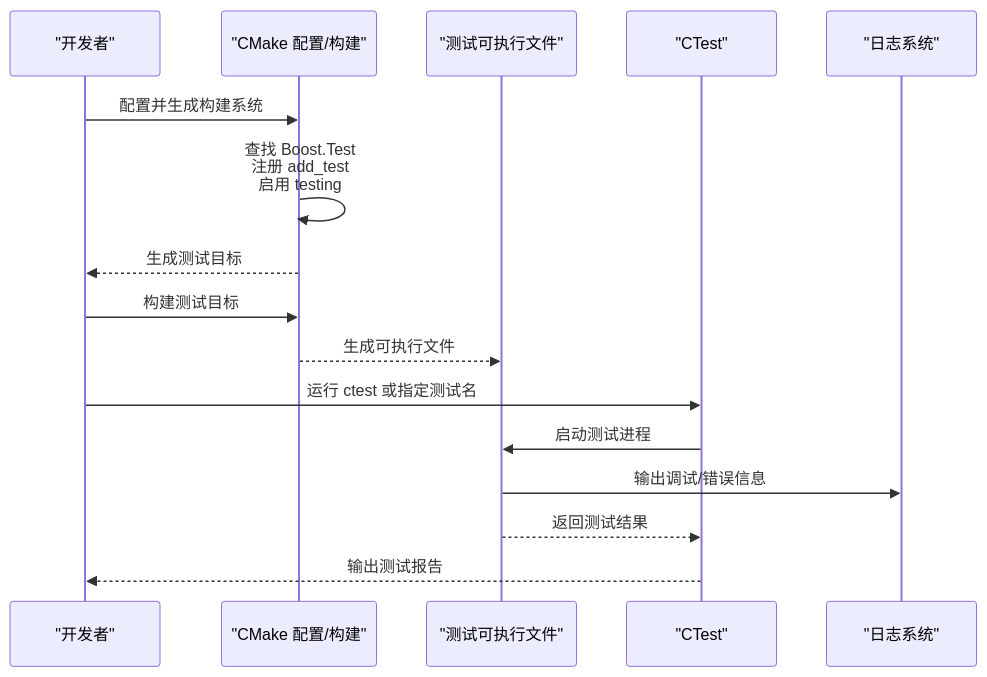
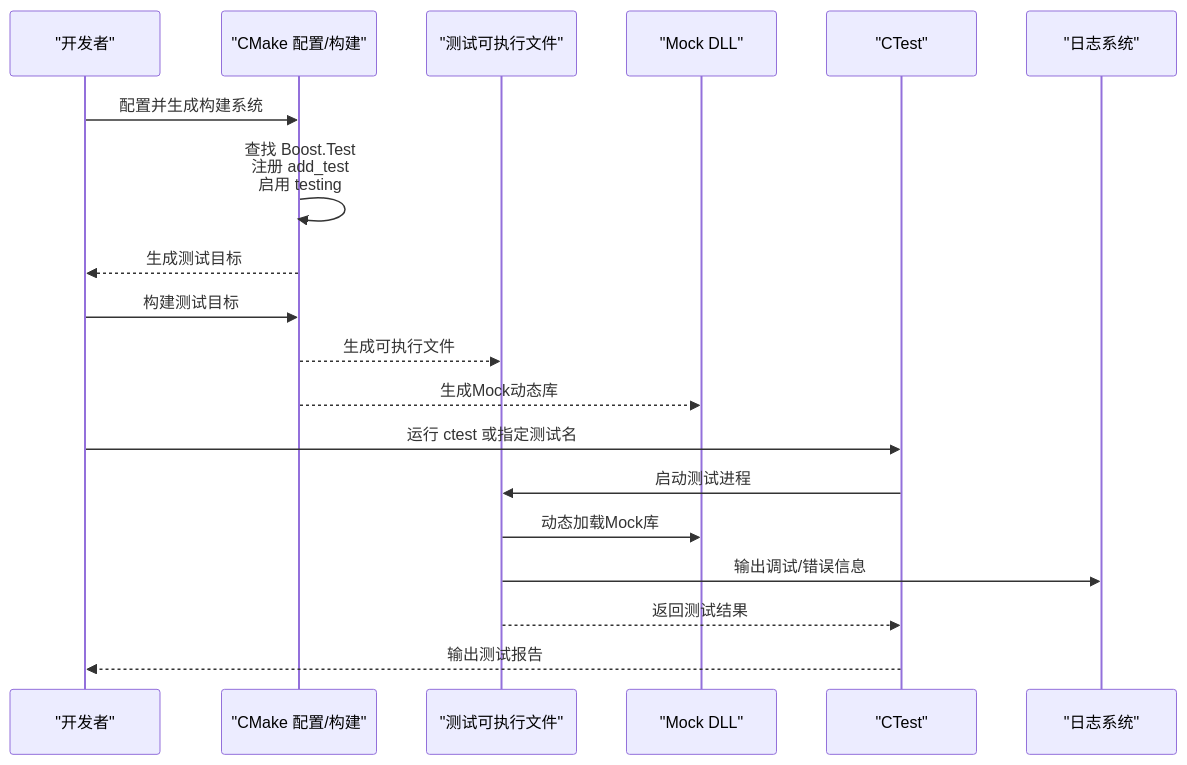
One commit to hsmbanlance/HsBaSlicer changed the second of 15 diagrams in .qoder/repowiki/zh/content/测试与调试/测试与调试.md. Above: the diagram before and after it, drawn with Mermaid. The commit also changed other lines of this file and 31 other files, not shown here.

First line of the commit message:
docs(architecture): 更新文档以包含事件处理系统和动态库测试

````diff
--- a/.qoder/repowiki/zh/content/测试与调试/测试与调试.md
+++ b/.qoder/repowiki/zh/content/测试与调试/测试与调试.md
@@ -119,18 +138,21 @@
 ```mermaid
 sequenceDiagram
 participant Dev as "开发者"
 participant CMake as "CMake 配置/构建"
 participant TestExe as "测试可执行文件"
+participant MockDLL as "Mock DLL"
 participant CTest as "CTest"
 participant Log as "日志系统"
 Dev->>CMake : 配置并生成构建系统
 CMake->>CMake : 查找 Boost.Test<br/>注册 add_test<br/>启用 testing
 CMake-->>Dev : 生成测试目标
 Dev->>CMake : 构建测试目标
 CMake-->>TestExe : 生成可执行文件
+CMake-->>MockDLL : 生成Mock动态库
 Dev->>CTest : 运行 ctest 或指定测试名
 CTest->>TestExe : 启动测试进程
+TestExe->>MockDLL : 动态加载Mock库
 TestExe->>Log : 输出调试/错误信息
 TestExe-->>CTest : 返回测试结果
 CTest-->>Dev : 输出测试报告
 ```
````
